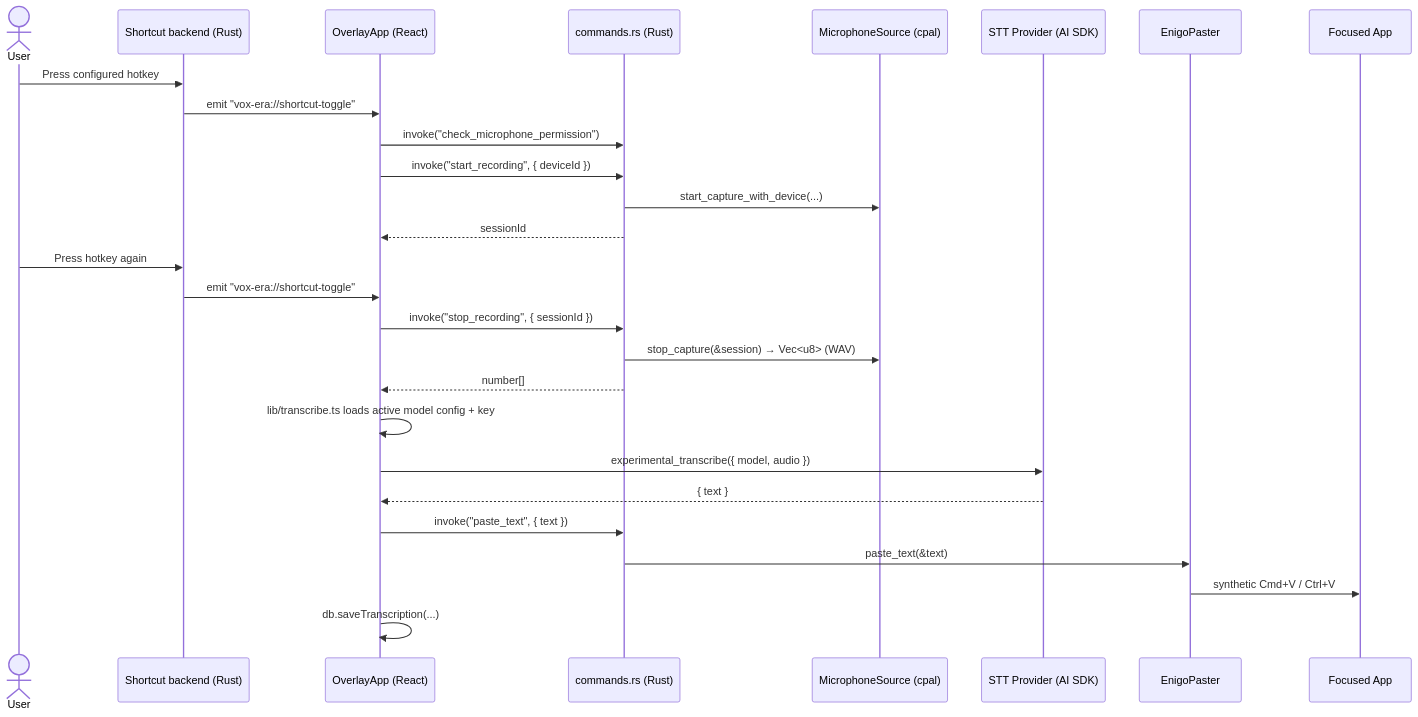
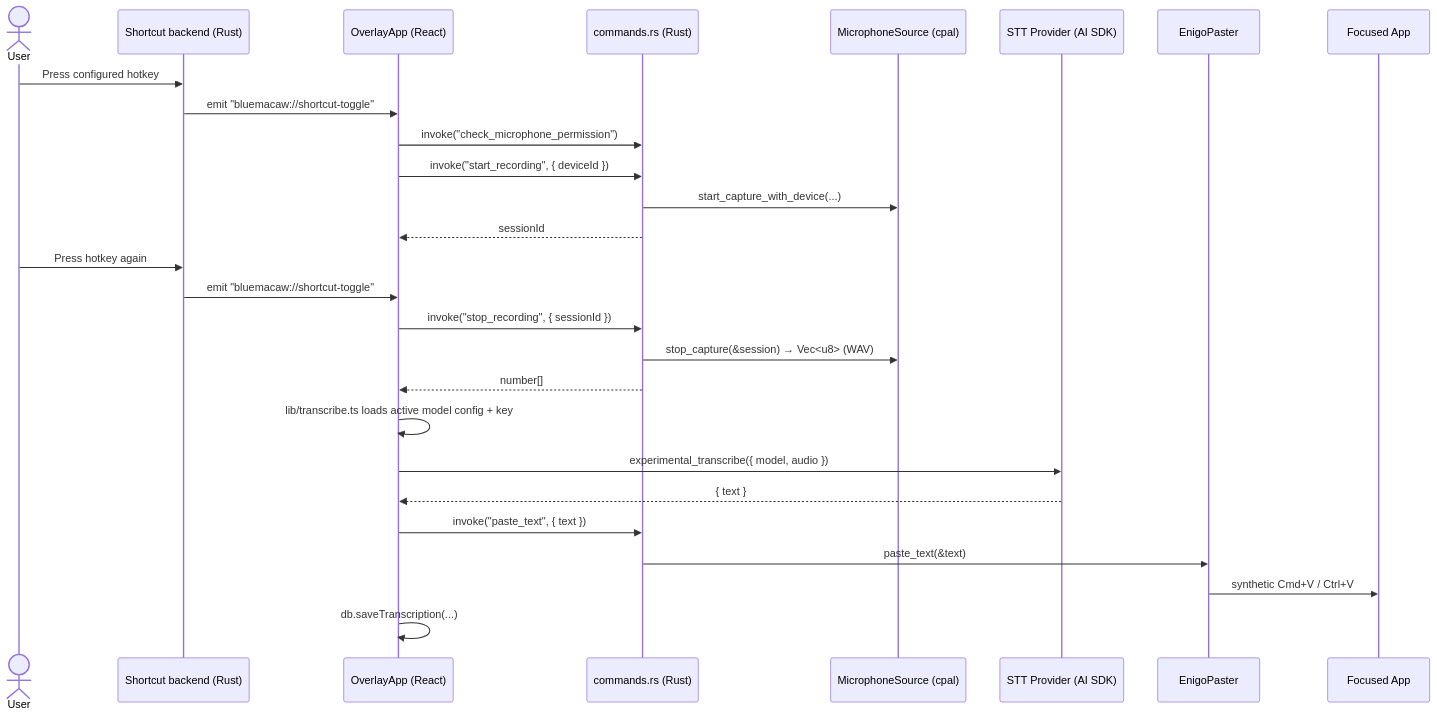
The diagram in docs/architecture.md (programow/ada), drawn with Mermaid before and after one commit. The commit also changed other lines of this file and 77 other files, not shown here.

First line of the commit message:
chore: rename app from Vox Era to bluemacaw

````diff
--- a/docs/architecture.md
+++ b/docs/architecture.md
@@ -115,30 +115,30 @@
 ```mermaid
 sequenceDiagram
     actor User
     participant Shortcut as Shortcut backend (Rust)
     participant Overlay as OverlayApp (React)
     participant Cmd as commands.rs (Rust)
     participant Audio as MicrophoneSource (cpal)
     participant Provider as STT Provider (AI SDK)
     participant Paster as EnigoPaster
     participant Focused as Focused App
 
     User->>Shortcut: Press configured hotkey
-    Shortcut->>Overlay: emit "vox-era://shortcut-toggle"
+    Shortcut->>Overlay: emit "bluemacaw://shortcut-toggle"
     Overlay->>Cmd: invoke("check_microphone_permission")
     Overlay->>Cmd: invoke("start_recording", { deviceId })
     Cmd->>Audio: start_capture_with_device(...)
     Cmd-->>Overlay: sessionId
     User->>Shortcut: Press hotkey again
-    Shortcut->>Overlay: emit "vox-era://shortcut-toggle"
+    Shortcut->>Overlay: emit "bluemacaw://shortcut-toggle"
     Overlay->>Cmd: invoke("stop_recording", { sessionId })
     Cmd->>Audio: stop_capture(&session) → Vec<u8> (WAV)
     Cmd-->>Overlay: number[]
     Overlay->>Overlay: lib/transcribe.ts loads active model config + key
     Overlay->>Provider: experimental_transcribe({ model, audio })
     Provider-->>Overlay: { text }
     Overlay->>Cmd: invoke("paste_text", { text })
     Cmd->>Paster: paste_text(&text)
     Paster->>Focused: synthetic Cmd+V / Ctrl+V
     Overlay->>Overlay: db.saveTranscription(...)
 ```
````
